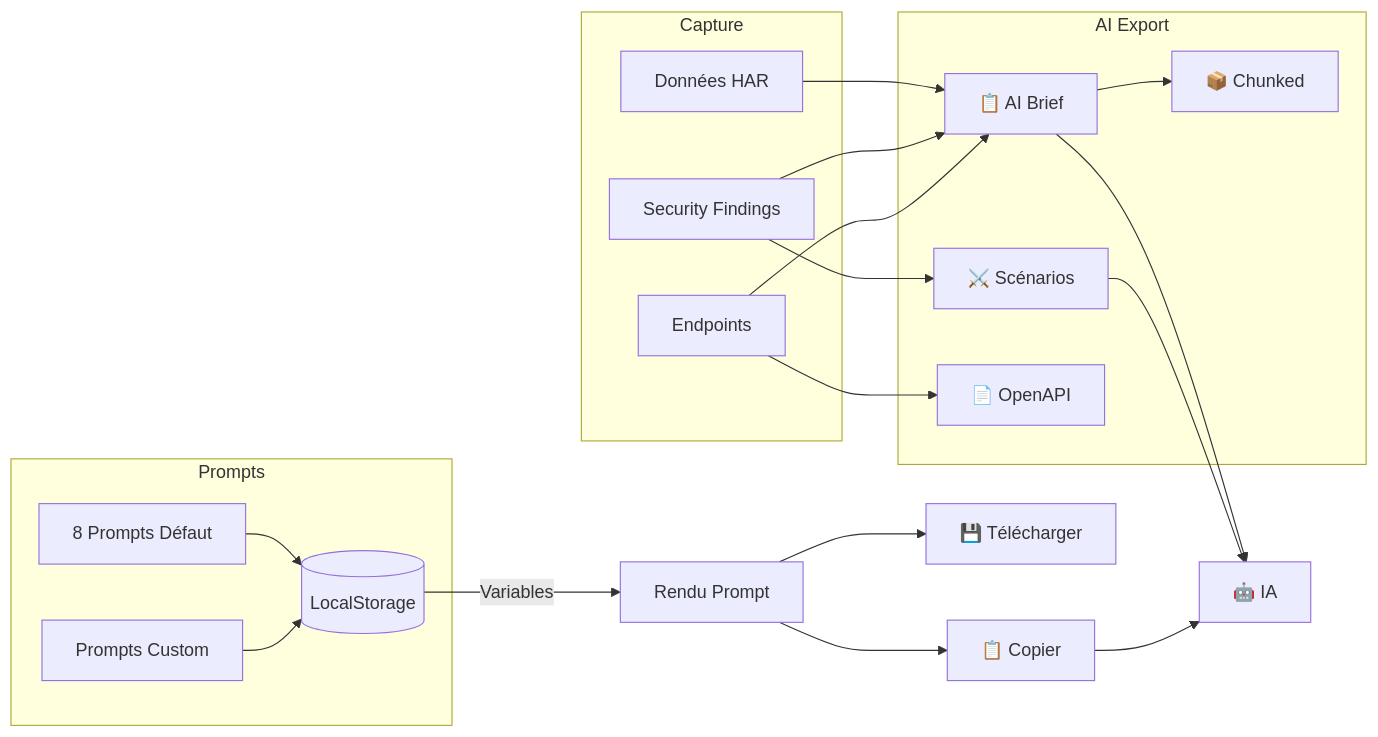
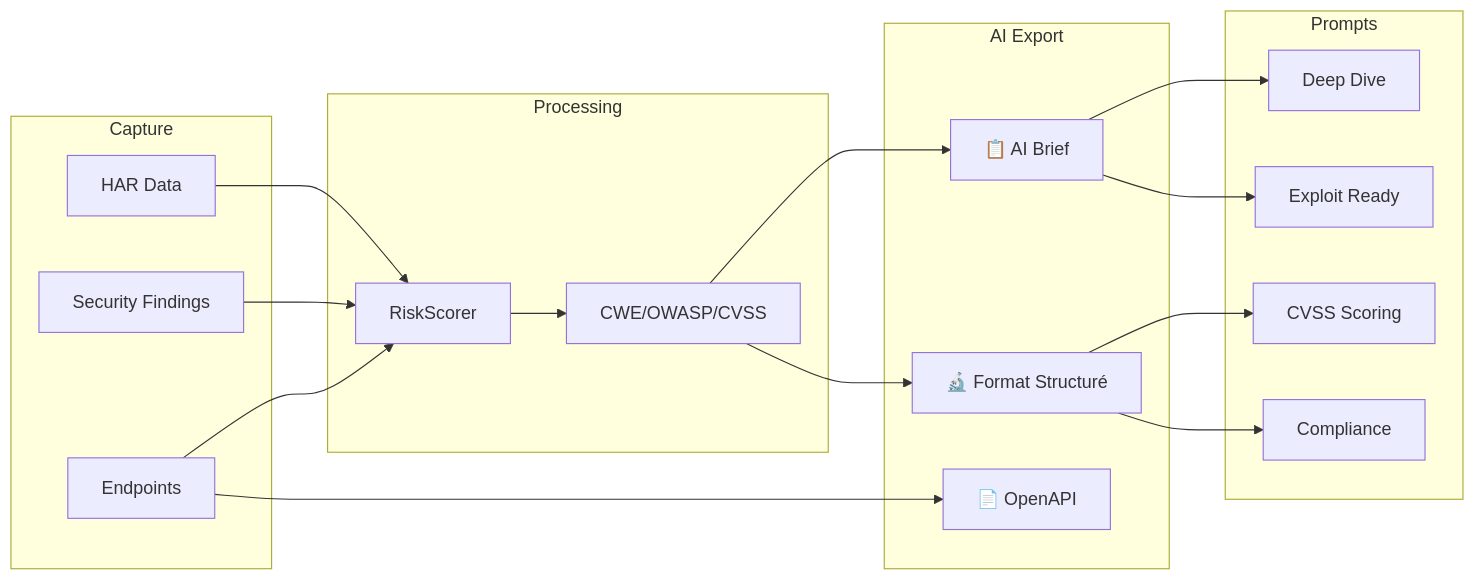
The fourth of 4 diagrams in README.md (venantvr-security/firefox-autohar-extension), drawn with Mermaid before and after one commit. The commit also changed other lines of this file and 2 other files, not shown here.

````diff
--- a/README.md
+++ b/README.md
@@ -239,41 +337,40 @@
 ```mermaid
 flowchart LR
     subgraph Capture
-        HAR[Données HAR]
+        HAR[HAR Data]
         SEC[Security Findings]
         EP[Endpoints]
     end
 
+    subgraph Processing
+        RS[RiskScorer]
+        ENRICH[CWE/OWASP/CVSS]
+    end
+
     subgraph AI Export
         BRIEF[📋 AI Brief]
-        SCEN[⚔️ Scénarios]
+        STRUCT[🔬 Format Structuré]
         OAPI[📄 OpenAPI]
-        CHUNK[📦 Chunked]
     end
 
     subgraph Prompts
-        PTS[(LocalStorage)]
-        DEF[8 Prompts Défaut]
-        CUST[Prompts Custom]
+        P1[Deep Dive]
+        P2[Exploit Ready]
+        P3[CVSS Scoring]
+        P4[Compliance]
     end
 
-    HAR --> BRIEF
-    SEC --> BRIEF
-    EP --> BRIEF
+    HAR --> RS
+    SEC --> RS
+    EP --> RS
 
-    SEC --> SCEN
+    RS --> ENRICH
+    ENRICH --> BRIEF
+    ENRICH --> STRUCT
     EP --> OAPI
 
-    BRIEF --> CHUNK
-
-    DEF --> PTS
-    CUST --> PTS
-    PTS --> |Variables| RENDER[Rendu Prompt]
-
-    RENDER --> COPY[📋 Copier]
-    RENDER --> DL[💾 Télécharger]
-
-    COPY --> AI[🤖 IA]
-    BRIEF --> AI
-    SCEN --> AI
+    BRIEF --> P1
+    BRIEF --> P2
+    STRUCT --> P3
+    STRUCT --> P4
 ```
````
